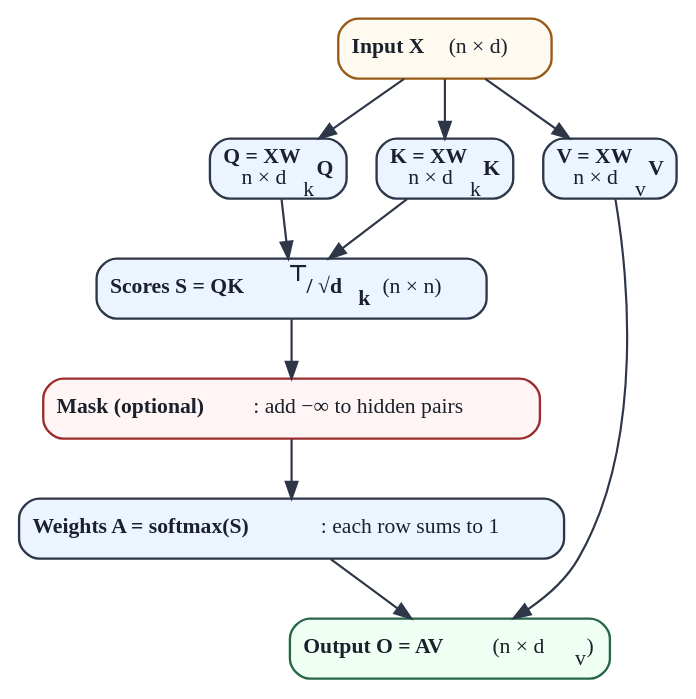
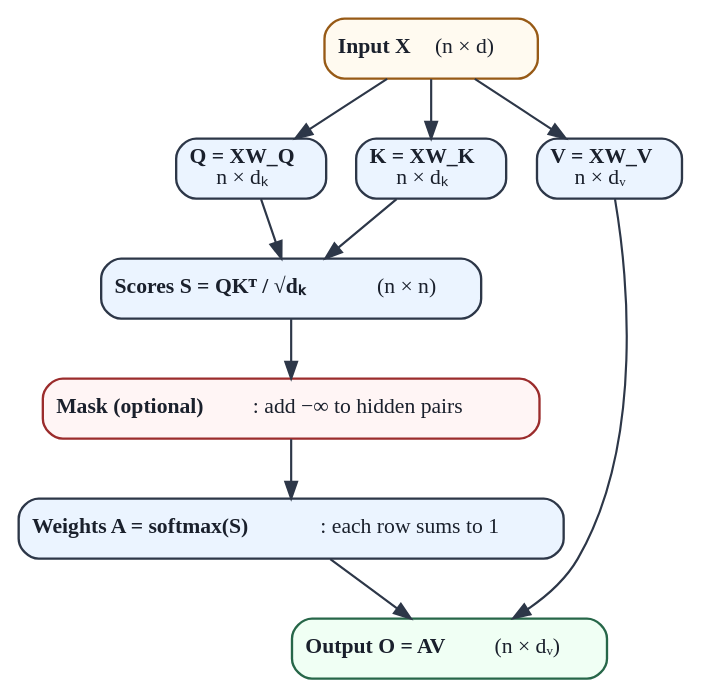
One commit to Beaker12/llmatlas changed the diagram in chapters/01-foundations/figures/scaled_dot_product_attention.dot. Above: the diagram before and after it, drawn with Graphviz. The commit also changed 39 other files, not shown here.

Commit message:
Chapter 1 figures: plain subscripts in schematics, vertical history timeline, sentence-case plots, Zipf reference line, parameter axis in millions, display widths

```diff
--- a/chapters/01-foundations/figures/scaled_dot_product_attention.dot
+++ b/chapters/01-foundations/figures/scaled_dot_product_attention.dot
@@ -1,22 +1,22 @@
 digraph ScaledDotProductAttention {
     graph [fontname="Arial" fontsize=13 bgcolor=white];
 
     x [label=<<b>Input X</b>  (n × d)> shape=box style="rounded,filled" fillcolor="#fffaf0" color="#975a16" penwidth=1.4 fontsize=13 fontcolor="#1a202c"];
-    q [label=<<b>Q = XW<sub>Q</sub></b><br/>n × d<sub>k</sub>> shape=box style="rounded,filled" fillcolor="#ebf4ff" color="#2d3748" penwidth=1.4 fontsize=13 fontcolor="#1a202c"];
-    k [label=<<b>K = XW<sub>K</sub></b><br/>n × d<sub>k</sub>> shape=box style="rounded,filled" fillcolor="#ebf4ff" color="#2d3748" penwidth=1.4 fontsize=13 fontcolor="#1a202c"];
-    v [label=<<b>V = XW<sub>V</sub></b><br/>n × d<sub>v</sub>> shape=box style="rounded,filled" fillcolor="#ebf4ff" color="#2d3748" penwidth=1.4 fontsize=13 fontcolor="#1a202c"];
+    q [label=<<b>Q = XW_Q</b><br/>n × dₖ> shape=box style="rounded,filled" fillcolor="#ebf4ff" color="#2d3748" penwidth=1.4 fontsize=13 fontcolor="#1a202c"];
+    k [label=<<b>K = XW_K</b><br/>n × dₖ> shape=box style="rounded,filled" fillcolor="#ebf4ff" color="#2d3748" penwidth=1.4 fontsize=13 fontcolor="#1a202c"];
+    v [label=<<b>V = XW_V</b><br/>n × dᵥ> shape=box style="rounded,filled" fillcolor="#ebf4ff" color="#2d3748" penwidth=1.4 fontsize=13 fontcolor="#1a202c"];
     { rank=same; q; k; v; }
-    s [label=<<b>Scores S = QK<sup>⊤</sup> / √d<sub>k</sub></b>   (n × n)> shape=box style="rounded,filled" fillcolor="#ebf4ff" color="#2d3748" penwidth=1.4 fontsize=13 fontcolor="#1a202c"];
+    s [label=<<b>Scores S = QKᵀ / √dₖ</b>   (n × n)> shape=box style="rounded,filled" fillcolor="#ebf4ff" color="#2d3748" penwidth=1.4 fontsize=13 fontcolor="#1a202c"];
     m [label=<<b>Mask (optional)</b>: add −∞ to hidden pairs> shape=box style="rounded,filled" fillcolor="#fff5f5" color="#9b2c2c" penwidth=1.4 fontsize=13 fontcolor="#1a202c"];
     a [label=<<b>Weights A = softmax(S)</b>: each row sums to 1> shape=box style="rounded,filled" fillcolor="#ebf4ff" color="#2d3748" penwidth=1.4 fontsize=13 fontcolor="#1a202c"];
-    o [label=<<b>Output O = AV</b>   (n × d<sub>v</sub>)> shape=box style="rounded,filled" fillcolor="#f0fff4" color="#276749" penwidth=1.4 fontsize=13 fontcolor="#1a202c"];
+    o [label=<<b>Output O = AV</b>   (n × dᵥ)> shape=box style="rounded,filled" fillcolor="#f0fff4" color="#276749" penwidth=1.4 fontsize=13 fontcolor="#1a202c"];
     x -> q [color="#2d3748" penwidth=1.3 fontsize=12 fontcolor="#1a202c"];
     x -> k [color="#2d3748" penwidth=1.3 fontsize=12 fontcolor="#1a202c"];
     x -> v [color="#2d3748" penwidth=1.3 fontsize=12 fontcolor="#1a202c"];
     q -> s [color="#2d3748" penwidth=1.3 fontsize=12 fontcolor="#1a202c"];
     k -> s [color="#2d3748" penwidth=1.3 fontsize=12 fontcolor="#1a202c"];
     s -> m [color="#2d3748" penwidth=1.3 fontsize=12 fontcolor="#1a202c"];
     m -> a [color="#2d3748" penwidth=1.3 fontsize=12 fontcolor="#1a202c"];
     a -> o [color="#2d3748" penwidth=1.3 fontsize=12 fontcolor="#1a202c"];
     v -> o [color="#2d3748" penwidth=1.3 fontsize=12 fontcolor="#1a202c"];
 }
```
